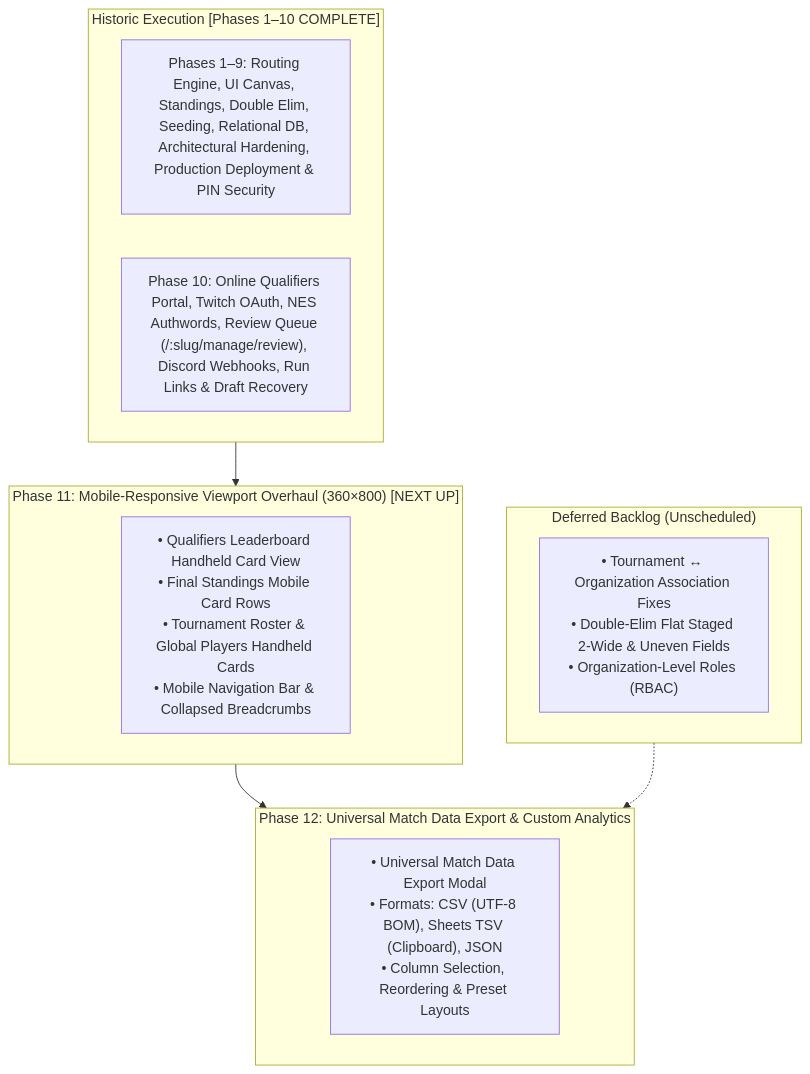
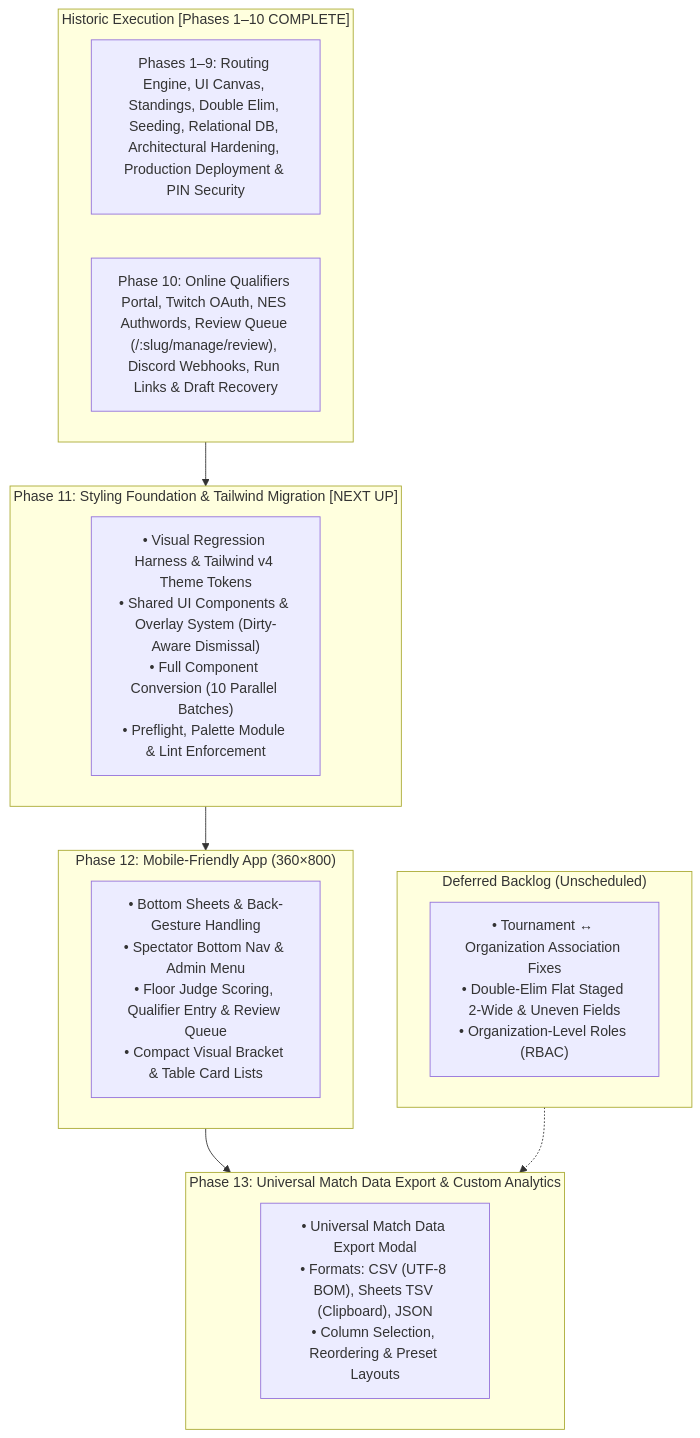
Before and after one commit to jgrondski/matchfoundry: the diagram in docs/implementation_plan.md, drawn with Mermaid. The commit also changed other lines of this file and 21 other files, not shown here.

````diff
--- a/docs/implementation_plan.md
+++ b/docs/implementation_plan.md
@@ -126,22 +127,26 @@
 ```mermaid
 flowchart TD
     subgraph Historic["Historic Execution [Phases 1–10 COMPLETE]"]
         H1["Phases 1–9: Routing Engine, UI Canvas, Standings, Double Elim, Seeding, Relational DB, Architectural Hardening, Production Deployment & PIN Security"]
         H2["Phase 10: Online Qualifiers Portal, Twitch OAuth, NES Authwords, Review Queue (/:slug/manage/review), Discord Webhooks, Run Links & Draft Recovery"]
     end
 
-    subgraph Phase11["Phase 11: Mobile-Responsive Viewport Overhaul (360×800) [NEXT UP]"]
-        P11["• Qualifiers Leaderboard Handheld Card View<br>• Final Standings Mobile Card Rows<br>• Tournament Roster & Global Players Handheld Cards<br>• Mobile Navigation Bar & Collapsed Breadcrumbs"]
+    subgraph Phase11["Phase 11: Styling Foundation & Tailwind Migration [NEXT UP]"]
+        P11["• Visual Regression Harness & Tailwind v4 Theme Tokens<br>• Shared UI Components & Overlay System (Dirty-Aware Dismissal)<br>• Full Component Conversion (10 Parallel Batches)<br>• Preflight, Palette Module & Lint Enforcement"]
     end
 
-    subgraph Phase12["Phase 12: Universal Match Data Export & Custom Analytics"]
-        P12["• Universal Match Data Export Modal<br>• Formats: CSV (UTF-8 BOM), Sheets TSV (Clipboard), JSON<br>• Column Selection, Reordering & Preset Layouts"]
+    subgraph Phase12["Phase 12: Mobile-Friendly App (360×800)"]
+        P12["• Bottom Sheets & Back-Gesture Handling<br>• Spectator Bottom Nav & Admin Menu<br>• Floor Judge Scoring, Qualifier Entry & Review Queue<br>• Compact Visual Bracket & Table Card Lists"]
+    end
+
+    subgraph Phase13["Phase 13: Universal Match Data Export & Custom Analytics"]
+        P13["• Universal Match Data Export Modal<br>• Formats: CSV (UTF-8 BOM), Sheets TSV (Clipboard), JSON<br>• Column Selection, Reordering & Preset Layouts"]
     end
 
     subgraph Backlog["Deferred Backlog (Unscheduled)"]
         B1["• Tournament ↔ Organization Association Fixes<br>• Double-Elim Flat Staged 2-Wide & Uneven Fields<br>• Organization-Level Roles (RBAC)"]
     end
 
-    Historic --> Phase11 --> Phase12
-    Backlog -.-> Phase12
+    Historic --> Phase11 --> Phase12 --> Phase13
+    Backlog -.-> Phase13
 ```
````
